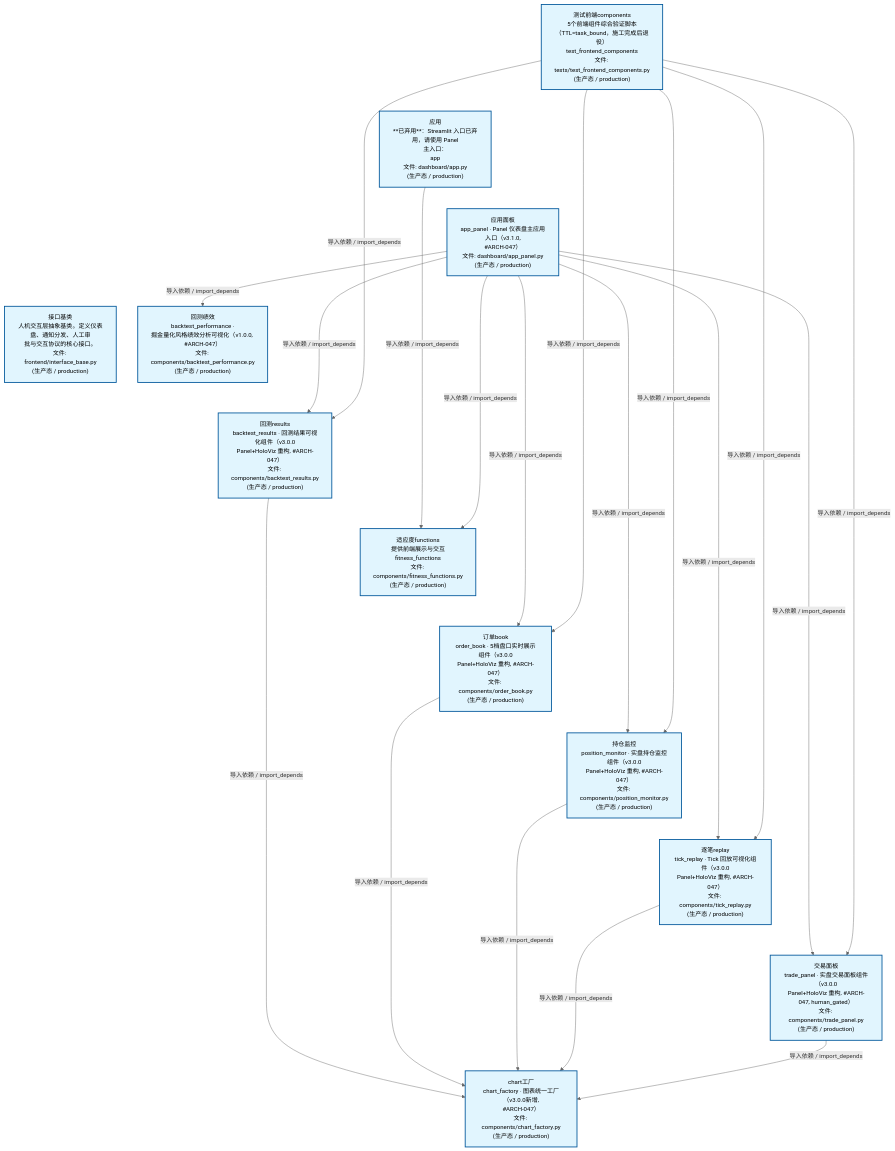
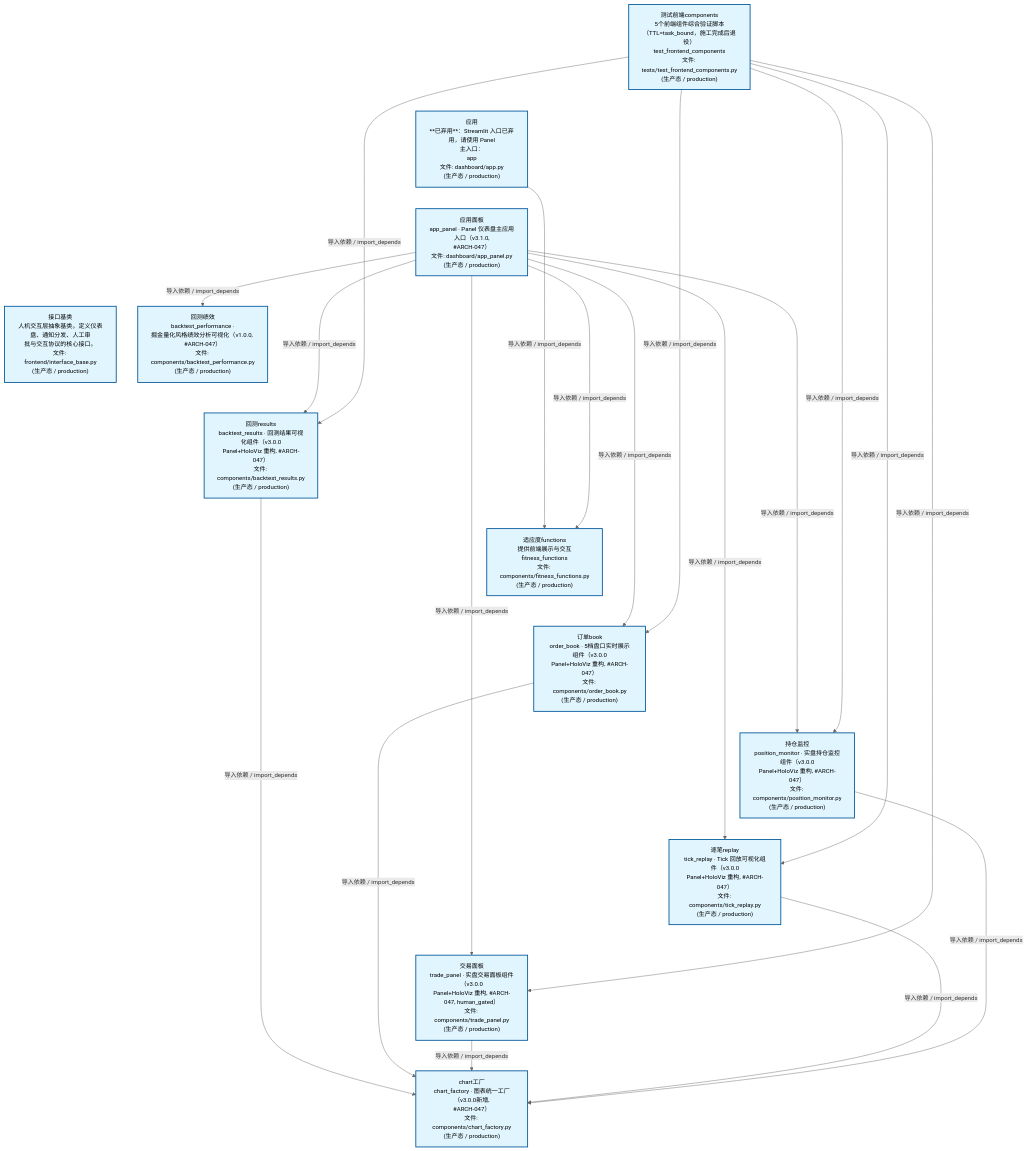
The second of 4 diagrams in docs/02_enterprise_architecture/02_domain_architecture_docs/47_d_frontend.md (xuanFelixVan/ZephyrAlpha), drawn with Mermaid before and after one commit. The commit also changed other lines of this file and 53 other files, not shown here.

````diff
--- a/docs/02_enterprise_architecture/02_domain_architecture_docs/47_d_frontend.md
+++ b/docs/02_enterprise_architecture/02_domain_architecture_docs/47_d_frontend.md
@@ -124,48 +124,48 @@
 ```mermaid
 %%{init: {'theme': 'base', 'themeVariables': {'primaryColor': '#eaeaea', 'primaryTextColor': '#333333', 'primaryBorderColor': '#666666', 'lineColor': '#666666', 'secondaryColor': '#eaeaea', 'tertiaryColor': '#eaeaea', 'fontSize': '14px'}}}%%
 flowchart TD
     scripts_tests_test_frontend_components_py["测试前端components<br/>5个前端组件综合验证脚本<br/>（TTL=task_bound，施工完成后退役）<br/>test_frontend_components<br/>文件: tests/test_frontend_components.py<br/>(生产态 / production)"]
     src_zephyr_frontend_dashboard_app_py["应用<br/>**已弃用**：Streamlit 入口已弃用，请使用 Panel<br/>主入口：<br/>app<br/>文件: dashboard/app.py<br/>(生产态 / production)"]
     src_zephyr_frontend_dashboard_app_panel_py["应用面板<br/>app_panel · Panel 仪表盘主应用入口（v3.1.0,<br/>#ARCH-047）<br/>文件: dashboard/app_panel.py<br/>(生产态 / production)"]
     src_zephyr_frontend_interface_base_py["接口基类<br/>人机交互层抽象基类。定义仪表盘、通知分发、人工审<br/>批与交互协议的核心接口。<br/>文件: frontend/interface_base.py<br/>(生产态 / production)"]
     scripts_tests_test_frontend_components_py ~~~ src_zephyr_frontend_dashboard_app_py
     src_zephyr_frontend_dashboard_app_py ~~~ src_zephyr_frontend_dashboard_app_panel_py
     src_zephyr_frontend_dashboard_app_panel_py ~~~ src_zephyr_frontend_interface_base_py
     src_zephyr_frontend_dashboard_components_backtest_performance_py["回测绩效<br/>backtest_performance ·<br/>掘金量化风格绩效分析可视化（v1.0.0, #ARCH-047）<br/>文件: components/backtest_performance.py<br/>(生产态 / production)"]
     src_zephyr_frontend_dashboard_components_backtest_results_py["回测results<br/>backtest_results · 回测结果可视化组件（v3.0.0<br/>Panel+HoloViz 重构, #ARCH-047）<br/>文件: components/backtest_results.py<br/>(生产态 / production)"]
     src_zephyr_frontend_dashboard_components_fitness_functions_py["适应度functions<br/>提供前端展示与交互<br/>fitness_functions<br/>文件: components/fitness_functions.py<br/>(生产态 / production)"]
     src_zephyr_frontend_dashboard_components_order_book_py["订单book<br/>order_book · 5档盘口实时展示组件（v3.0.0<br/>Panel+HoloViz 重构, #ARCH-047）<br/>文件: components/order_book.py<br/>(生产态 / production)"]
     src_zephyr_frontend_dashboard_components_position_monitor_py["持仓监控<br/>position_monitor · 实盘持仓监控组件（v3.0.0<br/>Panel+HoloViz 重构, #ARCH-047）<br/>文件: components/position_monitor.py<br/>(生产态 / production)"]
     src_zephyr_frontend_dashboard_components_tick_replay_py["逐笔replay<br/>tick_replay · Tick 回放可视化组件（v3.0.0<br/>Panel+HoloViz 重构, #ARCH-047）<br/>文件: components/tick_replay.py<br/>(生产态 / production)"]
     src_zephyr_frontend_dashboard_components_trade_panel_py["交易面板<br/>trade_panel · 实盘交易面板组件（v3.0.0<br/>Panel+HoloViz 重构, #ARCH-047, human_gated）<br/>文件: components/trade_panel.py<br/>(生产态 / production)"]
     src_zephyr_frontend_dashboard_components_backtest_performance_py ~~~ src_zephyr_frontend_dashboard_components_backtest_results_py
     src_zephyr_frontend_dashboard_components_backtest_results_py ~~~ src_zephyr_frontend_dashboard_components_fitness_functions_py
     src_zephyr_frontend_dashboard_components_fitness_functions_py ~~~ src_zephyr_frontend_dashboard_components_order_book_py
     src_zephyr_frontend_dashboard_components_order_book_py ~~~ src_zephyr_frontend_dashboard_components_position_monitor_py
     src_zephyr_frontend_dashboard_components_position_monitor_py ~~~ src_zephyr_frontend_dashboard_components_tick_replay_py
     src_zephyr_frontend_dashboard_components_tick_replay_py ~~~ src_zephyr_frontend_dashboard_components_trade_panel_py
     src_zephyr_frontend_dashboard_components_chart_factory_py["chart工厂<br/>chart_factory · 图表统一工厂（v3.0.0新增,<br/>#ARCH-047）<br/>文件: components/chart_factory.py<br/>(生产态 / production)"]
     src_zephyr_frontend_dashboard_app_py -->|导入依赖 / import_depends| src_zephyr_frontend_dashboard_components_fitness_functions_py
+    src_zephyr_frontend_dashboard_components_backtest_results_py -->|导入依赖 / import_depends| src_zephyr_frontend_dashboard_components_chart_factory_py
+    src_zephyr_frontend_dashboard_app_panel_py -->|导入依赖 / import_depends| src_zephyr_frontend_dashboard_components_backtest_results_py
+    src_zephyr_frontend_dashboard_app_panel_py -->|导入依赖 / import_depends| src_zephyr_frontend_dashboard_components_fitness_functions_py
     src_zephyr_frontend_dashboard_app_panel_py -->|导入依赖 / import_depends| src_zephyr_frontend_dashboard_components_backtest_performance_py
-    src_zephyr_frontend_dashboard_app_panel_py -->|导入依赖 / import_depends| src_zephyr_frontend_dashboard_components_fitness_functions_py
-    src_zephyr_frontend_dashboard_app_panel_py -->|导入依赖 / import_depends| src_zephyr_frontend_dashboard_components_backtest_results_py
     src_zephyr_frontend_dashboard_app_panel_py -->|导入依赖 / import_depends| src_zephyr_frontend_dashboard_components_order_book_py
+    src_zephyr_frontend_dashboard_app_panel_py -->|导入依赖 / import_depends| src_zephyr_frontend_dashboard_components_trade_panel_py
+    src_zephyr_frontend_dashboard_app_panel_py -->|导入依赖 / import_depends| src_zephyr_frontend_dashboard_components_tick_replay_py
     src_zephyr_frontend_dashboard_app_panel_py -->|导入依赖 / import_depends| src_zephyr_frontend_dashboard_components_position_monitor_py
-    src_zephyr_frontend_dashboard_app_panel_py -->|导入依赖 / import_depends| src_zephyr_frontend_dashboard_components_tick_replay_py
-    src_zephyr_frontend_dashboard_app_panel_py -->|导入依赖 / import_depends| src_zephyr_frontend_dashboard_components_trade_panel_py
-    src_zephyr_frontend_dashboard_components_backtest_results_py -->|导入依赖 / import_depends| src_zephyr_frontend_dashboard_components_chart_factory_py
     src_zephyr_frontend_dashboard_components_order_book_py -->|导入依赖 / import_depends| src_zephyr_frontend_dashboard_components_chart_factory_py
+    src_zephyr_frontend_dashboard_components_trade_panel_py -->|导入依赖 / import_depends| src_zephyr_frontend_dashboard_components_chart_factory_py
+    src_zephyr_frontend_dashboard_components_tick_replay_py -->|导入依赖 / import_depends| src_zephyr_frontend_dashboard_components_chart_factory_py
     src_zephyr_frontend_dashboard_components_position_monitor_py -->|导入依赖 / import_depends| src_zephyr_frontend_dashboard_components_chart_factory_py
-    src_zephyr_frontend_dashboard_components_tick_replay_py -->|导入依赖 / import_depends| src_zephyr_frontend_dashboard_components_chart_factory_py
-    src_zephyr_frontend_dashboard_components_trade_panel_py -->|导入依赖 / import_depends| src_zephyr_frontend_dashboard_components_chart_factory_py
     scripts_tests_test_frontend_components_py -->|导入依赖 / import_depends| src_zephyr_frontend_dashboard_components_backtest_results_py
     scripts_tests_test_frontend_components_py -->|导入依赖 / import_depends| src_zephyr_frontend_dashboard_components_order_book_py
+    scripts_tests_test_frontend_components_py -->|导入依赖 / import_depends| src_zephyr_frontend_dashboard_components_trade_panel_py
+    scripts_tests_test_frontend_components_py -->|导入依赖 / import_depends| src_zephyr_frontend_dashboard_components_tick_replay_py
     scripts_tests_test_frontend_components_py -->|导入依赖 / import_depends| src_zephyr_frontend_dashboard_components_position_monitor_py
-    scripts_tests_test_frontend_components_py -->|导入依赖 / import_depends| src_zephyr_frontend_dashboard_components_tick_replay_py
-    scripts_tests_test_frontend_components_py -->|导入依赖 / import_depends| src_zephyr_frontend_dashboard_components_trade_panel_py
     classDef production fill:#e1f5fe,stroke:#01579b,stroke-width:2px,color:#000
     classDef design fill:#fff3e0,stroke:#e65100,stroke-width:2px,color:#000,stroke-dasharray: 5 5
     classDef external_prod fill:#e8f4fd,stroke:#0277bd,stroke-width:1px,color:#000
     classDef external_design fill:#fff8e7,stroke:#ef6c00,stroke-width:1px,color:#000,stroke-dasharray: 5 5
     class scripts_tests_test_frontend_components_py,src_zephyr_frontend_dashboard_app_py,src_zephyr_frontend_dashboard_app_panel_py,src_zephyr_frontend_dashboard_components_backtest_performance_py,src_zephyr_frontend_dashboard_components_backtest_results_py,src_zephyr_frontend_dashboard_components_chart_factory_py,src_zephyr_frontend_dashboard_components_fitness_functions_py,src_zephyr_frontend_dashboard_components_order_book_py,src_zephyr_frontend_dashboard_components_position_monitor_py,src_zephyr_frontend_dashboard_components_tick_replay_py,src_zephyr_frontend_dashboard_components_trade_panel_py,src_zephyr_frontend_interface_base_py production
 ```
````
